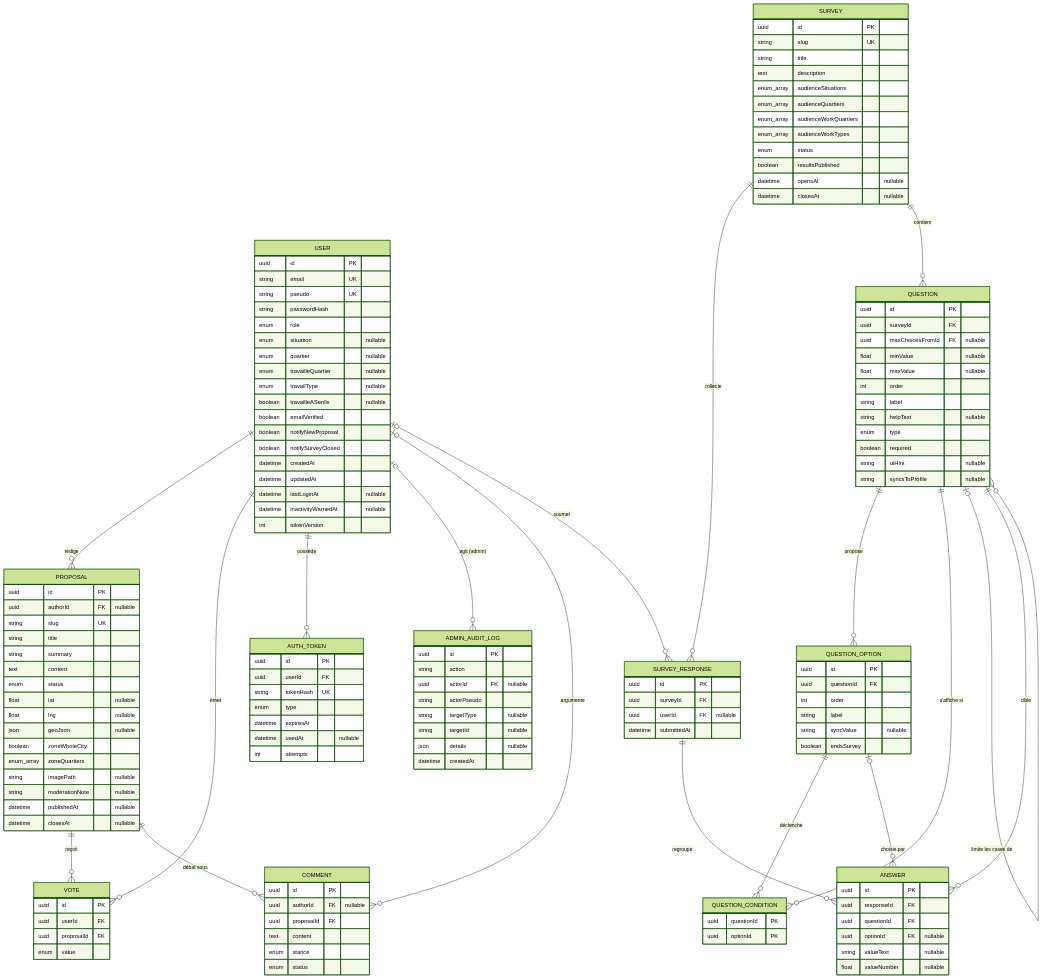
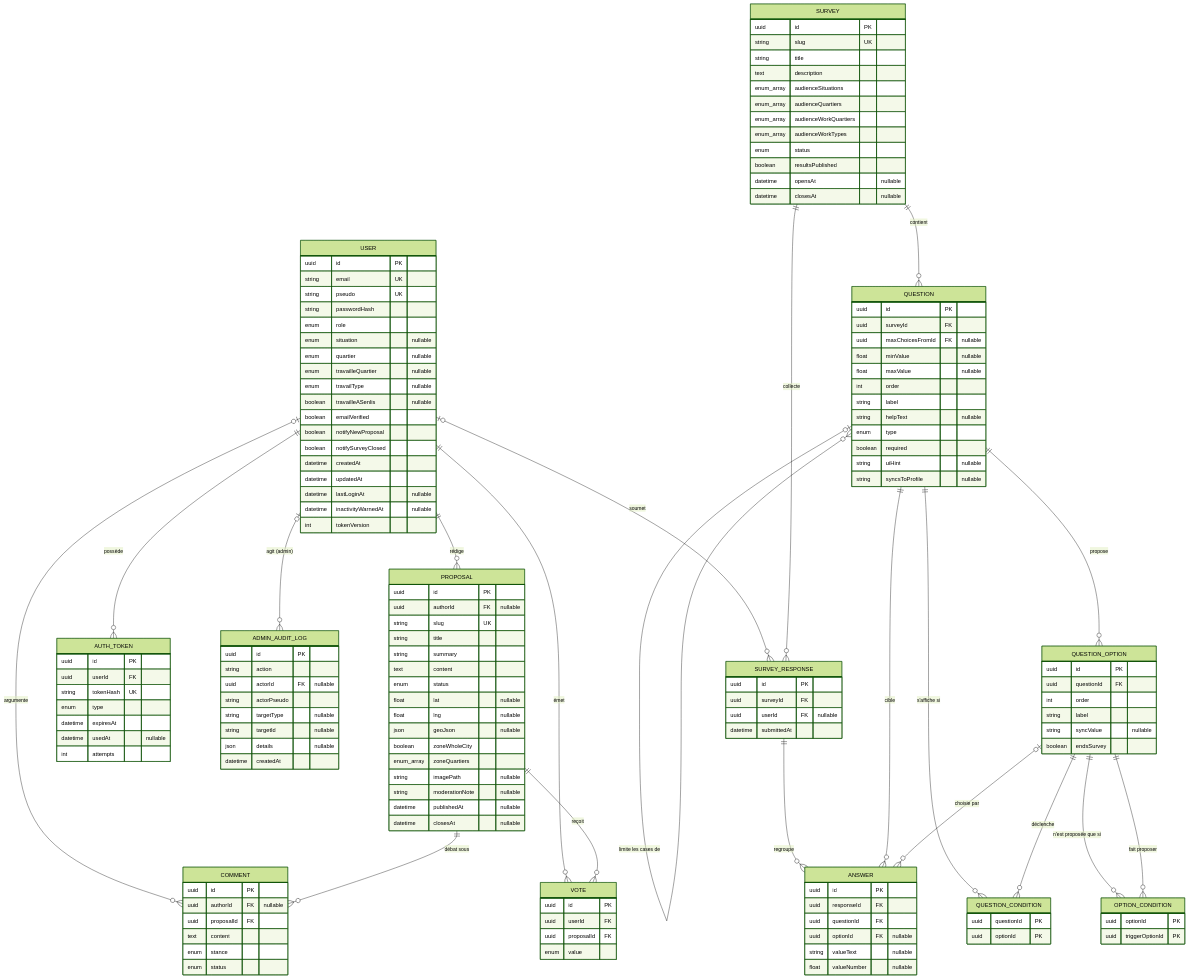
One commit to Nathalie-Leduc/Senlis-Participatif-docs changed the diagram in 02-diagramme-erd.md. Above: the diagram before and after it, drawn with Mermaid (forest theme). The commit also changed other lines of this file and 6 other files, not shown here.

Commit message:
docs: S5R2-02 livrée — options conditionnelles (schéma, ERD, dictionnaire, Merise, kanban)

```diff
--- a/02-diagramme-erd.md
+++ b/02-diagramme-erd.md
@@ -20,6 +20,8 @@
     QUESTION ||--o{ QUESTION_OPTION : "propose"
     QUESTION ||--o{ QUESTION_CONDITION : "s'affiche si"
     QUESTION_OPTION ||--o{ QUESTION_CONDITION : "déclenche"
+    QUESTION_OPTION ||--o{ OPTION_CONDITION : "n'est proposée que si"
+    QUESTION_OPTION ||--o{ OPTION_CONDITION : "fait proposer"
     QUESTION |o--o{ QUESTION : "limite les cases de"
     SURVEY_RESPONSE ||--o{ ANSWER : "regroupe"
     QUESTION ||--o{ ANSWER : "cible"
@@ -136,6 +138,10 @@
         uuid questionId PK
         uuid optionId PK
     }
+    OPTION_CONDITION {
+        uuid optionId PK
+        uuid triggerOptionId PK
+    }
     SURVEY_RESPONSE {
         uuid id PK
         uuid surveyId FK
```
